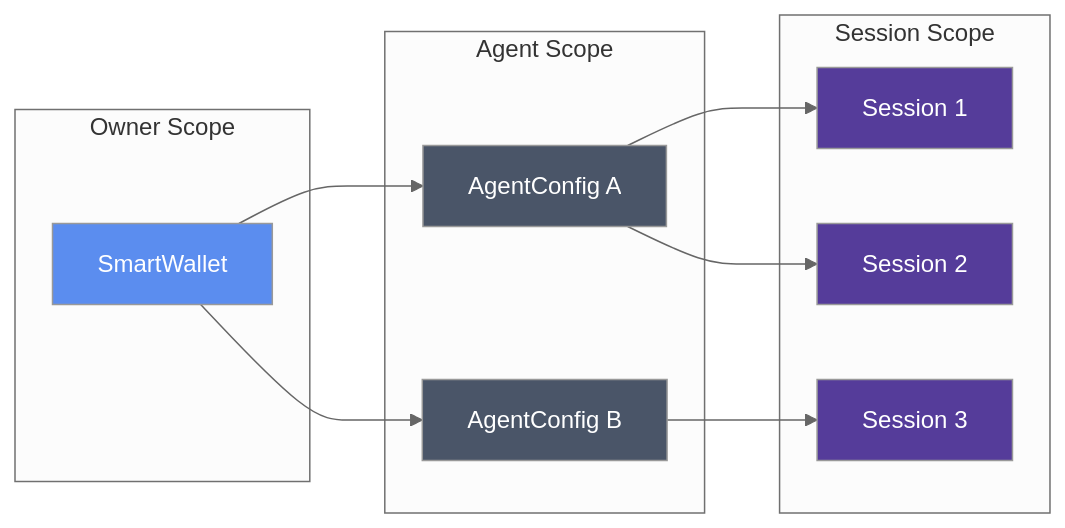
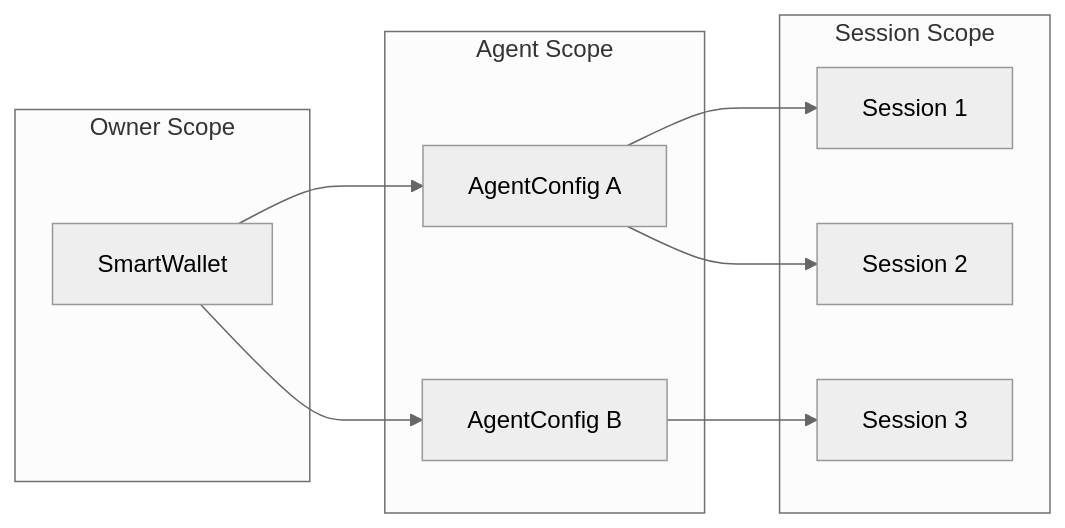
Before and after one commit to Immadominion/sentinel: the third of 3 diagrams in docs/concepts/architecture.md, drawn with Mermaid (neutral theme). The commit also changed other lines of this file and 14 other files, not shown here.

````diff
--- a/docs/concepts/architecture.md
+++ b/docs/concepts/architecture.md
@@ -115,28 +105,21 @@
 ```mermaid
 graph LR
     subgraph Owner Scope
         W[SmartWallet]
     end
     subgraph Agent Scope
         A1[AgentConfig A]
         A2[AgentConfig B]
     end
     subgraph Session Scope
         S1[Session 1]
         S2[Session 2]
         S3[Session 3]
     end
 
     W --> A1
     W --> A2
     A1 --> S1
     A1 --> S2
     A2 --> S3
-
-    style W fill:#5b8def,color:#fff
-    style A1 fill:#4a5568,color:#fff
-    style A2 fill:#4a5568,color:#fff
-    style S1 fill:#553c9a,color:#fff
-    style S2 fill:#553c9a,color:#fff
-    style S3 fill:#553c9a,color:#fff
 ```
````
